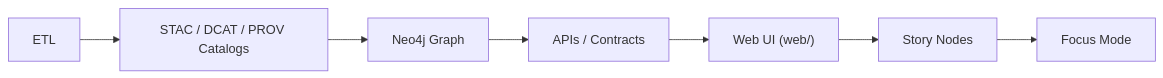
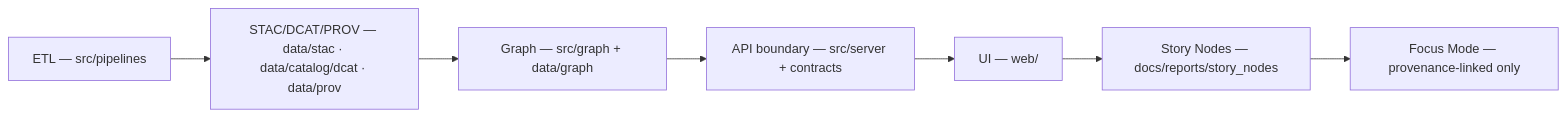
Before and after one commit to bartytime4life/Kansas-Frontier-Matrix: the first of 2 diagrams in web/README.md, drawn with Mermaid. The commit also changed other lines of this file, not shown here.

```diff
--- a/web/README.md
+++ b/web/README.md
@@ -173,9 +206,9 @@
 ~~~mermaid
-graph LR
-  A["ETL"] --> B["STAC / DCAT / PROV Catalogs"];
-  B --> C["Neo4j Graph"];
-  C --> D["APIs / Contracts"];
-  D --> E["Web UI (web/)"];
-  E --> F["Story Nodes"];
-  F --> G["Focus Mode"];
+flowchart LR
+  A["ETL — src/pipelines"] --> B["STAC/DCAT/PROV — data/stac · data/catalog/dcat · data/prov"]
+  B --> C["Graph — src/graph + data/graph"]
+  C --> D["API boundary — src/server + contracts"]
+  D --> E["UI — web/"]
+  E --> F["Story Nodes — docs/reports/story_nodes"]
+  F --> G["Focus Mode — provenance-linked only"]
 ~~~
```
